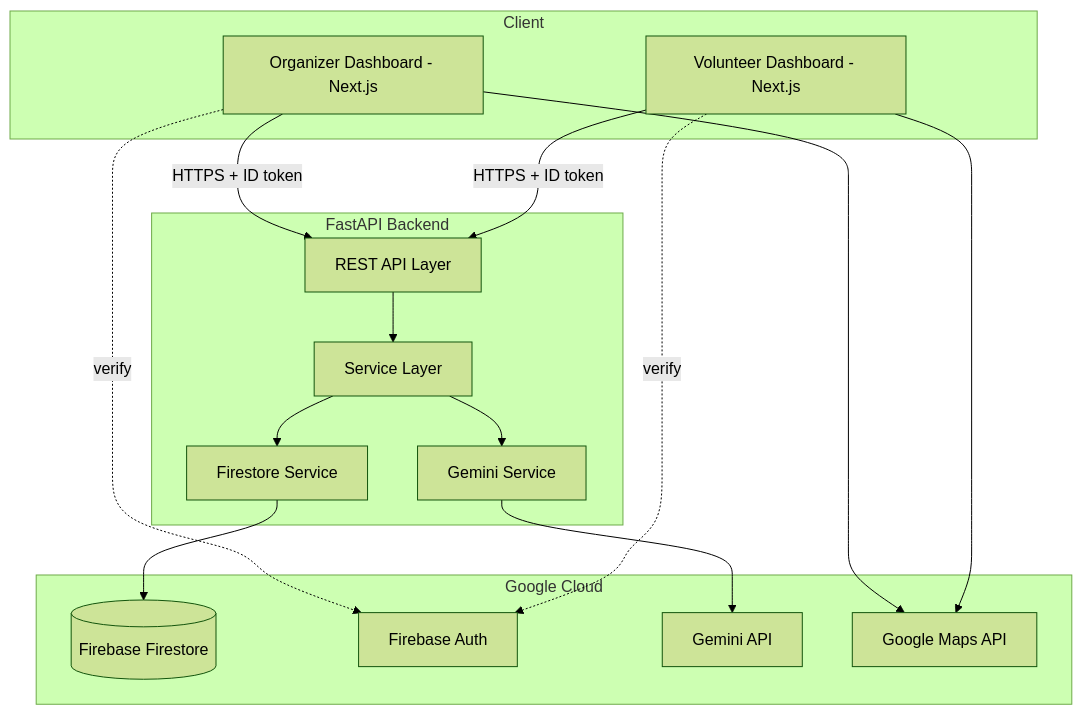
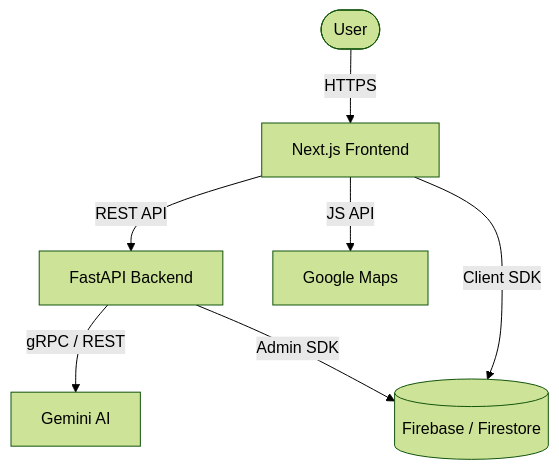
The diagram in README.md (Lalitjindal-code/stadium-ops-ai), drawn with Mermaid (forest theme) before and after one commit. The commit also changed other lines of this file and 4 other files, not shown here.

````diff
--- a/README.md
+++ b/README.md
@@ -28,31 +51,9 @@
 ```mermaid
-flowchart TB
-    subgraph Client
-        O[Organizer Dashboard - Next.js]
-        V[Volunteer Dashboard - Next.js]
-    end
-
-    subgraph Backend[FastAPI Backend]
-        API[REST API Layer]
-        SVC[Service Layer]
-        GEM[Gemini Service]
-        FS[Firestore Service]
-    end
-
-    subgraph GoogleCloud[Google Cloud]
-        Firestore[(Firebase Firestore)]
-        Auth[Firebase Auth]
-        Gemini[Gemini API]
-        Maps[Google Maps API]
-    end
-
-    O -->|HTTPS + ID token| API
-    V -->|HTTPS + ID token| API
-    API --> SVC
-    SVC --> GEM --> Gemini
-    SVC --> FS --> Firestore
-    O -.->|verify| Auth
-    V -.->|verify| Auth
-    O --> Maps
-    V --> Maps
+graph TD
+    User([User]) --> |HTTPS| Frontend
+    Frontend[Next.js Frontend] --> |REST API| Backend
+    Backend[FastAPI Backend] --> |gRPC / REST| Gemini[Gemini AI]
+    Backend --> |Admin SDK| Firebase[(Firebase / Firestore)]
+    Frontend --> |Client SDK| Firebase
+    Frontend --> |JS API| Maps[Google Maps]
 ```
````
